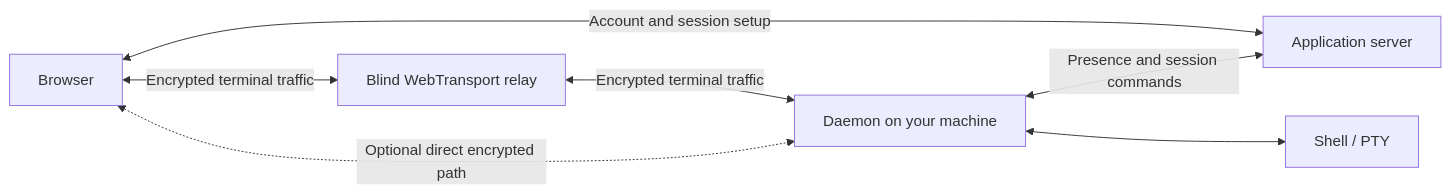
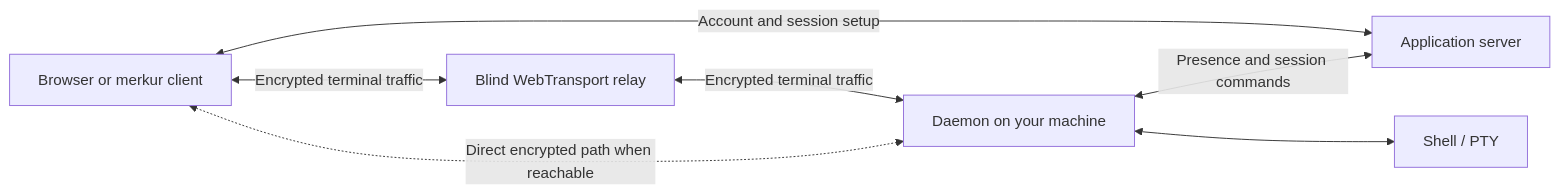
Before and after one commit to merkur-sh/merkur: the diagram in README.md, drawn with Mermaid. The commit also changed other lines of this file, not shown here.

First line of the commit message:
Rewrite the README's opening around how Merkur differs, and match it to the current release

````diff
--- a/README.md
+++ b/README.md
@@ -138,15 +125,15 @@
 ```mermaid
 flowchart LR
-  Browser[Browser]
+  Client[Browser or merkur client]
   Server[Application server]
   Edge[Blind WebTransport relay]
   Daemon[Daemon on your machine]
   Shell[Shell / PTY]
 
-  Browser <-->|Encrypted terminal traffic| Edge
+  Client <-->|Encrypted terminal traffic| Edge
   Edge <-->|Encrypted terminal traffic| Daemon
-  Browser <-.->|Optional direct encrypted path| Daemon
-  Browser <-->|Account and session setup| Server
+  Client <-.->|Direct encrypted path when reachable| Daemon
+  Client <-->|Account and session setup| Server
   Daemon <-->|Presence and session commands| Server
   Daemon <--> Shell
 ```
````
